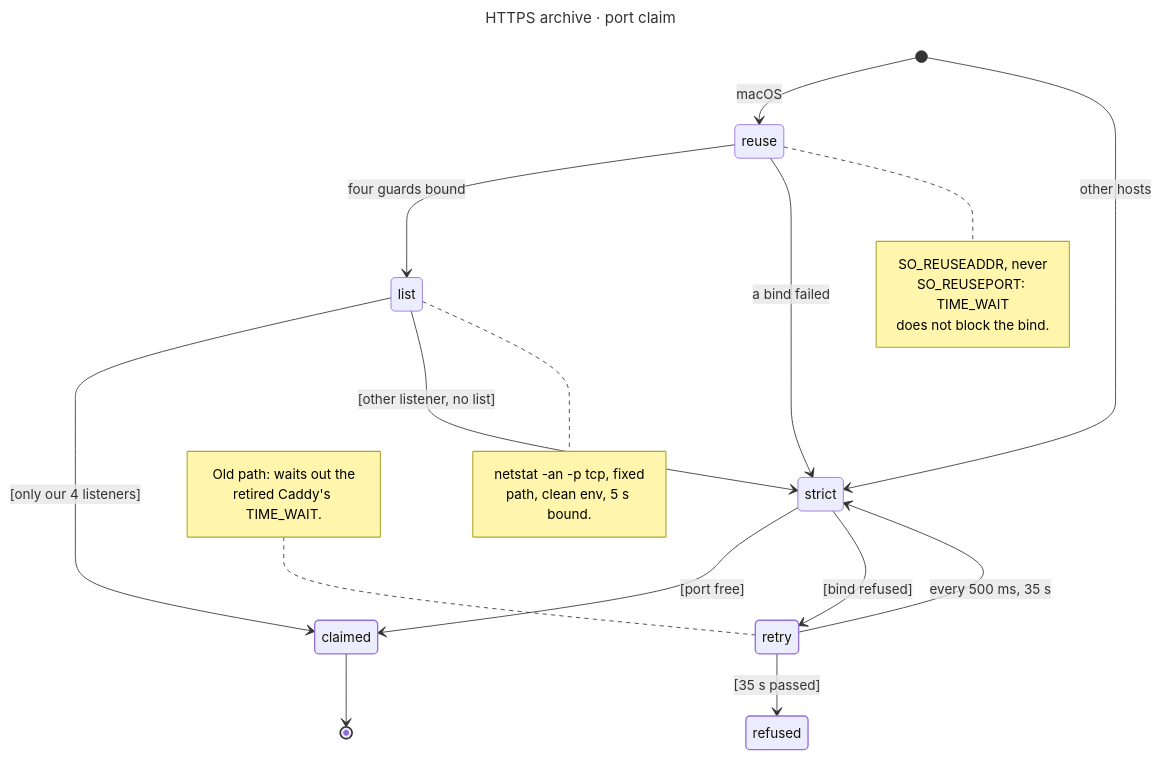
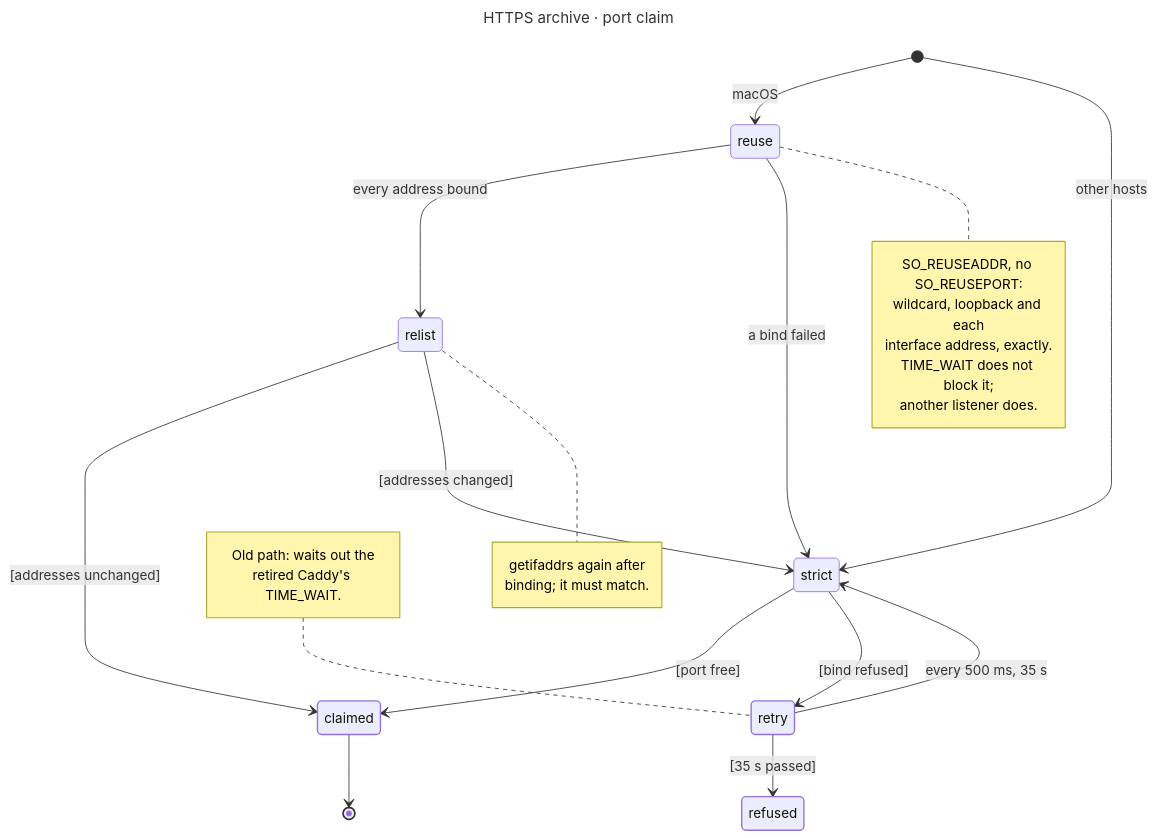
One commit to hack-dance/hack changed the diagram in docs/diagrams/https-port-claim.mmd. Above: the diagram before and after it, drawn with Mermaid. The commit also changed 7 other files, not shown here.

First line of the commit message:
fix(native): claim every local address exactly instead of reading the TCP listener list (HACK-2550)

```diff
--- a/docs/diagrams/https-port-claim.mmd
+++ b/docs/diagrams/https-port-claim.mmd
@@ -1,39 +1,41 @@
 ---
 title: HTTPS archive · port claim
 ---
 stateDiagram-v2
     direction TB
     classDef ok stroke-width:1.6px
     classDef wait stroke-width:1.6px
     classDef fail stroke-width:1.6px
 
     [*] --> reuse : macOS
     [*] --> strict : other hosts
-    reuse --> list : four guards bound
+    reuse --> relist : every address bound
     reuse --> strict : a bind failed
-    state list <<choice>>
-    list --> claimed : [only our 4 listeners]
-    list --> strict : [other listener, no list]
+    state relist <<choice>>
+    relist --> claimed : [addresses unchanged]
+    relist --> strict : [addresses changed]
     strict --> claimed : [port free]
     strict --> retry : [bind refused]
     retry --> strict : every 500 ms, 35 s
     retry --> refused : [35 s passed]
     claimed --> [*]
 
     note right of reuse
-        SO_REUSEADDR, never
-        SO_REUSEPORT: TIME_WAIT
-        does not block the bind.
+        SO_REUSEADDR, no SO_REUSEPORT:
+        wildcard, loopback and each
+        interface address, exactly.
+        TIME_WAIT does not block it;
+        another listener does.
     end note
-    note right of list
-        netstat -an -p tcp, fixed
-        path, clean env, 5 s bound.
+    note right of relist
+        getifaddrs again after
+        binding; it must match.
     end note
     note left of retry
         Old path: waits out the
         retired Caddy's TIME_WAIT.
     end note
 
     class claimed ok
     class retry wait
     class refused fail
```
